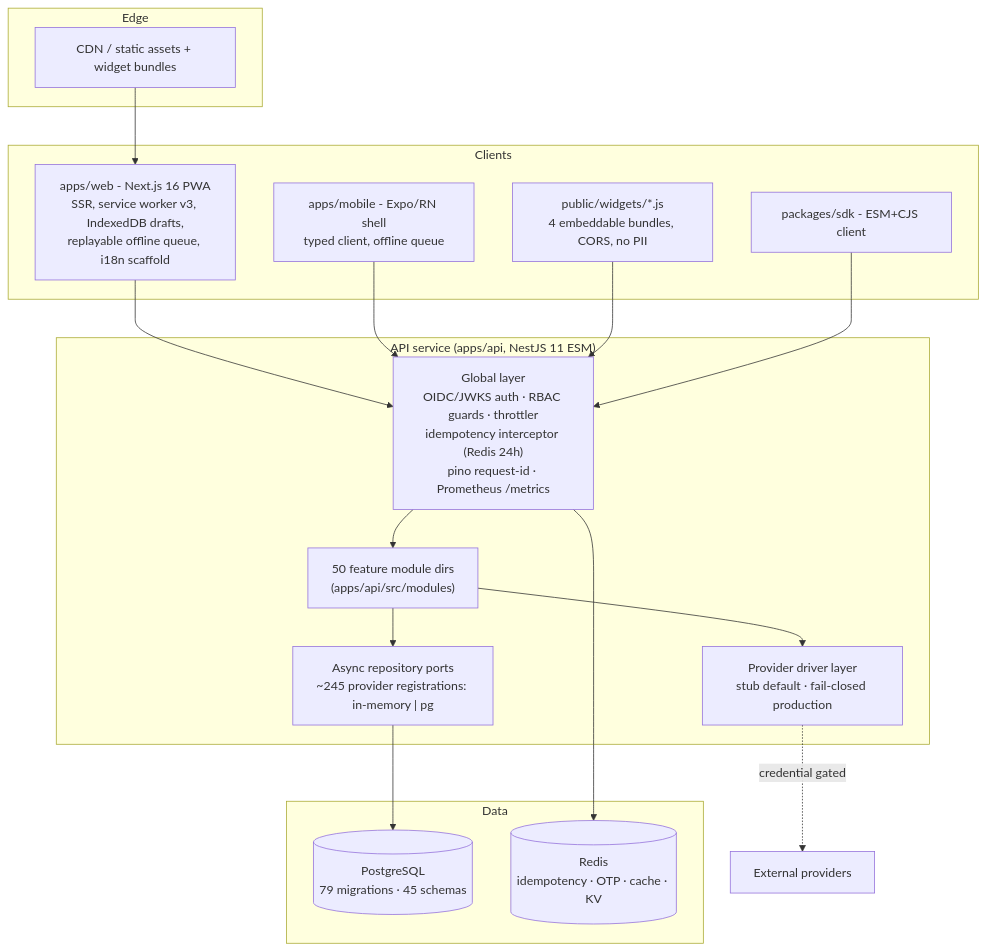
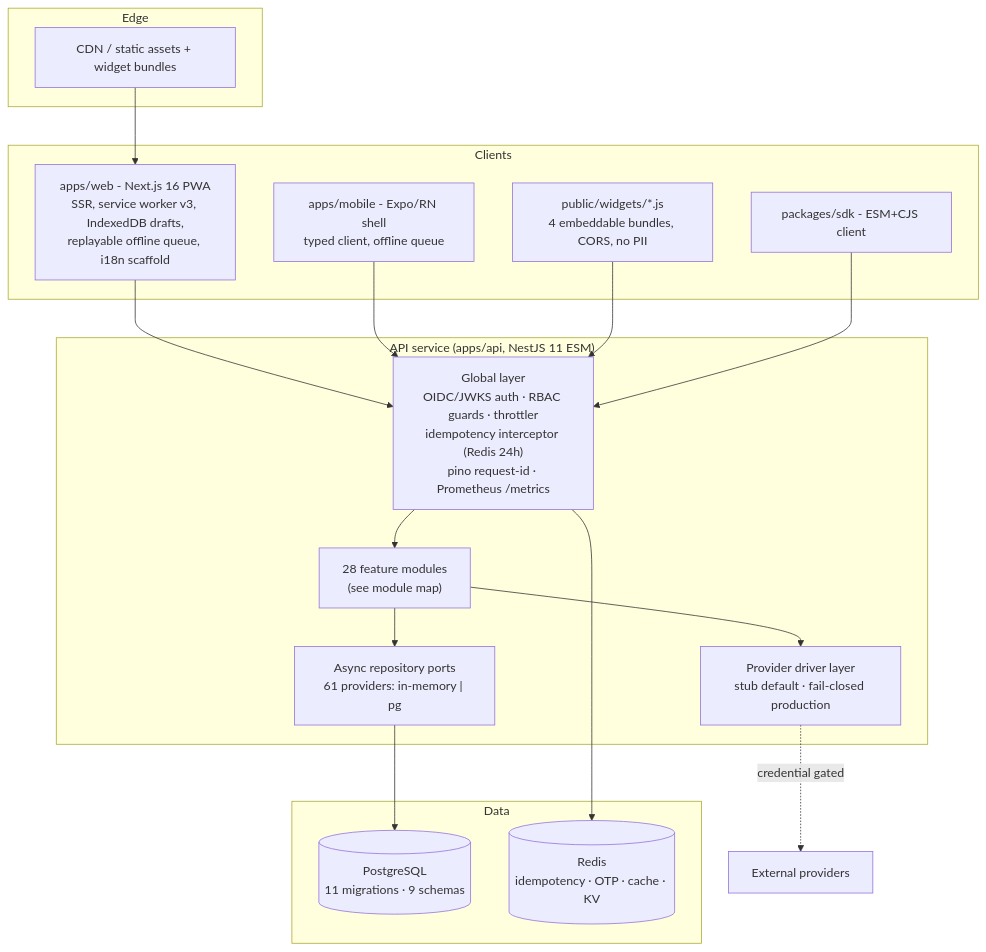
One commit to munisp/AgricPlatform changed the second of 6 diagrams in docs/architecture.md. Above: the diagram before and after it, drawn with Mermaid. The commit also changed other lines of this file, not shown here.

Commit message:
fix: GAP-H05 guardrail docs — architecture.md

````diff
--- a/docs/architecture.md
+++ b/docs/architecture.md
@@ -58,33 +56,33 @@
 ```mermaid
 flowchart TB
     subgraph Edge
         CDN[CDN / static assets + widget bundles]
     end
 
     subgraph Clients
         PWA["apps/web - Next.js 16 PWA<br/>SSR, service worker v3, IndexedDB drafts,<br/>replayable offline queue, i18n scaffold"]
         MOBILE["apps/mobile - Expo/RN shell<br/>typed client, offline queue"]
         WIDGETS["public/widgets/*.js<br/>4 embeddable bundles, CORS, no PII"]
         SDK["packages/sdk - ESM+CJS client"]
     end
 
     subgraph Server["API service (apps/api, NestJS 11 ESM)"]
         GW["Global layer<br/>OIDC/JWKS auth · RBAC guards · throttler<br/>idempotency interceptor (Redis 24h)<br/>pino request-id · Prometheus /metrics"]
-        MODS["50 feature module dirs<br/>(apps/api/src/modules)"]
-        PORTS["Async repository ports<br/>~245 provider registrations: in-memory | pg"]
+        MODS["28 feature modules<br/>(see module map)"]
+        PORTS["Async repository ports<br/>61 providers: in-memory | pg"]
         DRV["Provider driver layer<br/>stub default · fail-closed production"]
     end
 
     subgraph Data
-        PG[(PostgreSQL<br/>79 migrations · 45 schemas)]
+        PG[(PostgreSQL<br/>11 migrations · 9 schemas)]
         RD[(Redis<br/>idempotency · OTP · cache · KV)]
     end
 
     PWA & MOBILE & WIDGETS & SDK --> GW
     GW --> MODS --> PORTS
     MODS --> DRV
     PORTS --> PG
     GW --> RD
     DRV -.->|credential gated| EXT[External providers]
     CDN --> PWA
 ```
````
